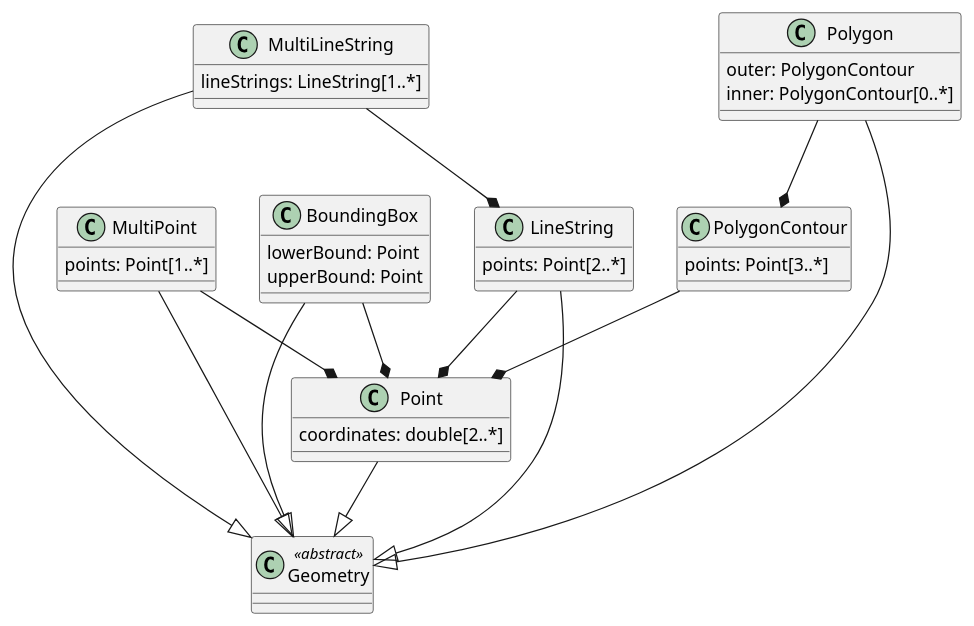
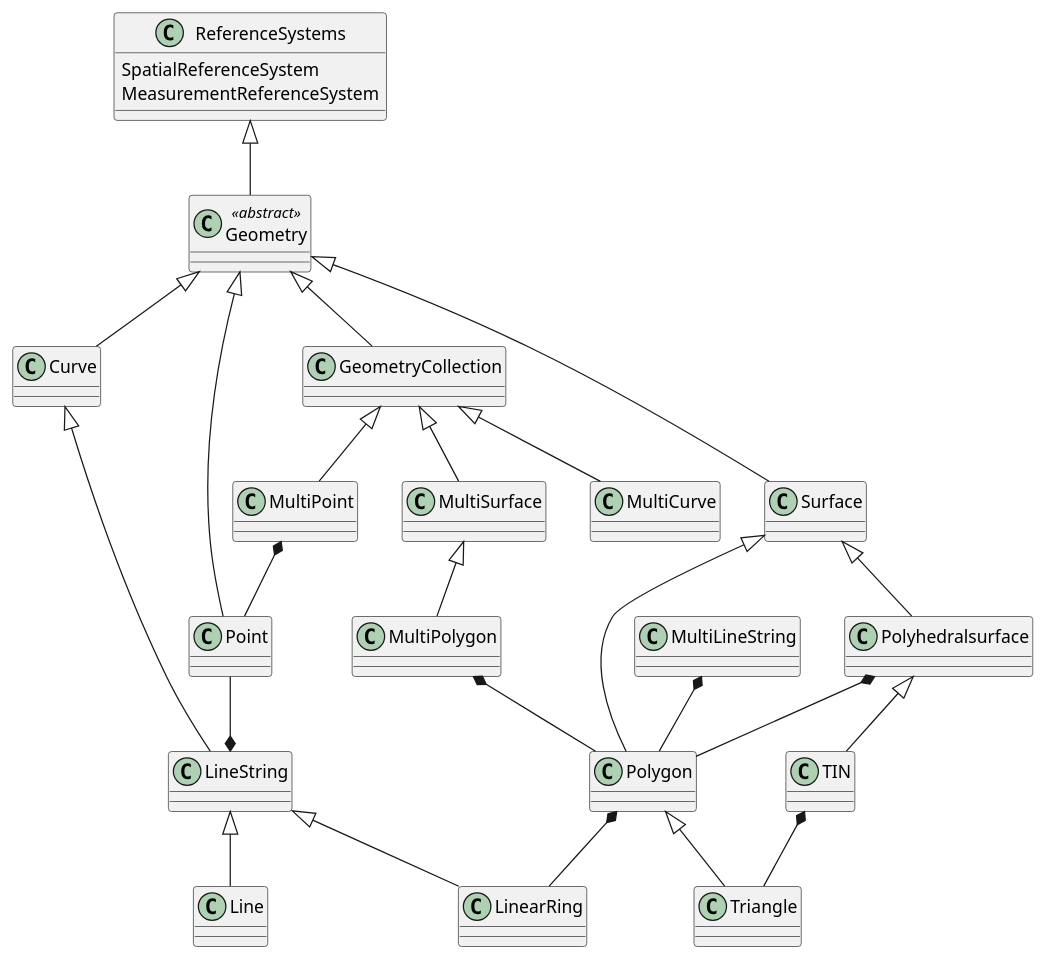
Before and after one commit to opengeospatial/styles-and-symbology: the diagram in core/UML/PlantUML/pu/geometry.pu, drawn with PlantUML. The commit also changed 2 other files, not shown here.

```diff
--- a/core/UML/PlantUML/pu/geometry.pu
+++ b/core/UML/PlantUML/pu/geometry.pu
@@ -1,38 +1,41 @@
 @startuml
+' Add muliplicity to the diagram
 class Geometry <<abstract>>
 
-Point : coordinates: double[2..*]
+class ReferenceSystems
+ReferenceSystems : SpatialReferenceSystem
+ReferenceSystems : MeasurementReferenceSystem
 
-Point --|> Geometry
+ReferenceSystems <|-- Geometry
 
-MultiPoint : points: Point[1..*]
+Geometry <|-- Point
+Geometry <|-- Curve
+Geometry <|-- Surface
+Geometry <|-- GeometryCollection
 
-MultiPoint --|> Geometry
-MultiPoint --* Point
+Curve <|-- LineString
+Point --* LineString
+MultiPoint *-- Point
 
-BoundingBox : lowerBound: Point
-BoundingBox : upperBound: Point
+Surface <|-- Polygon
+Surface <|-- Polyhedralsurface
 
-BoundingBox --|> Geometry
-BoundingBox --* Point
+GeometryCollection <|-- MultiSurface
+GeometryCollection <|-- MultiCurve
+GeometryCollection <|-- MultiPoint
 
-LineString : points: Point[2..*]
+LineString <|-- Line
+LineString <|-- LinearRing
+ 
+Polygon *-- LinearRing
+Polygon <|-- Triangle
+TIN *-- Triangle
 
-LineString --* Point
-LineString --|> Geometry
+Polyhedralsurface *-- Polygon
+Polyhedralsurface <|-- TIN
 
-MultiLineString : lineStrings: LineString[1..*]
+MultiSurface <|-- MultiPolygon
 
-MultiLineString --|> Geometry
-MultiLineString --* LineString
-
-PolygonContour : points: Point[3..*]
-
-PolygonContour --* Point
-
-Polygon : outer: PolygonContour
-Polygon : inner: PolygonContour[0..*]
-
-Polygon --* PolygonContour
-Polygon --|> Geometry
+MultiPolygon *-- Polygon
+MultiLineString *-- Polygon
 @enduml
```
